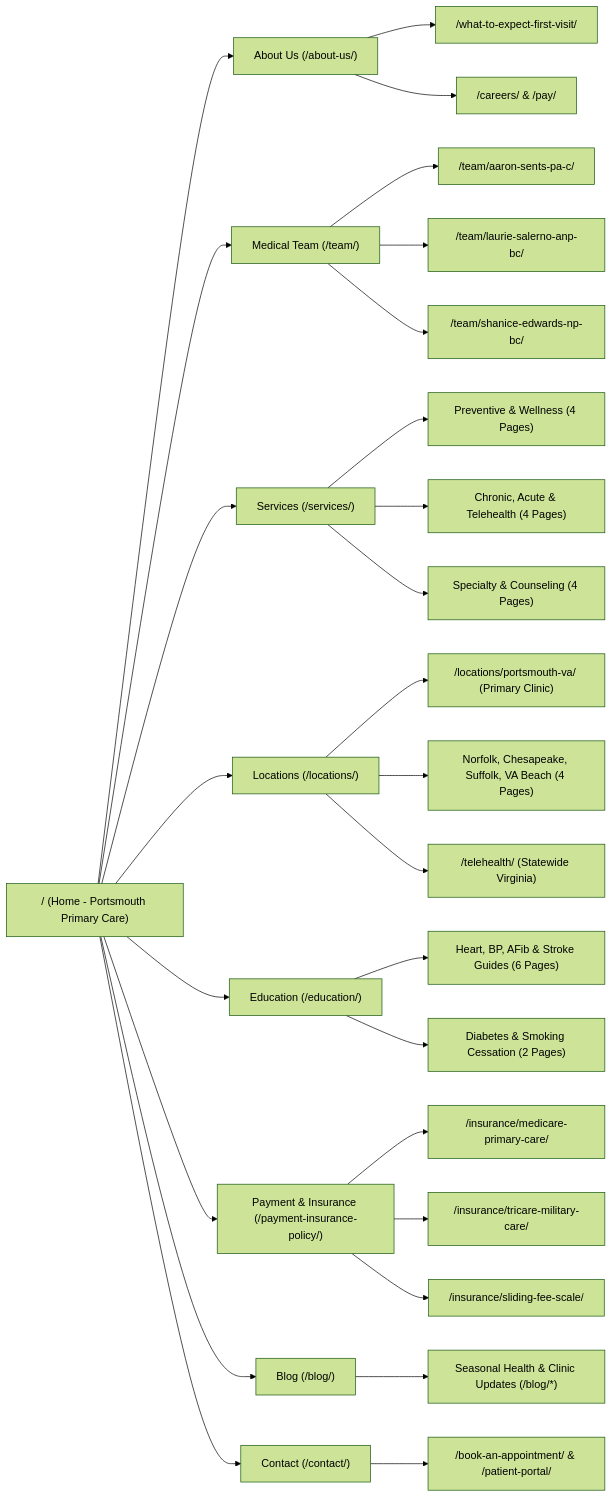
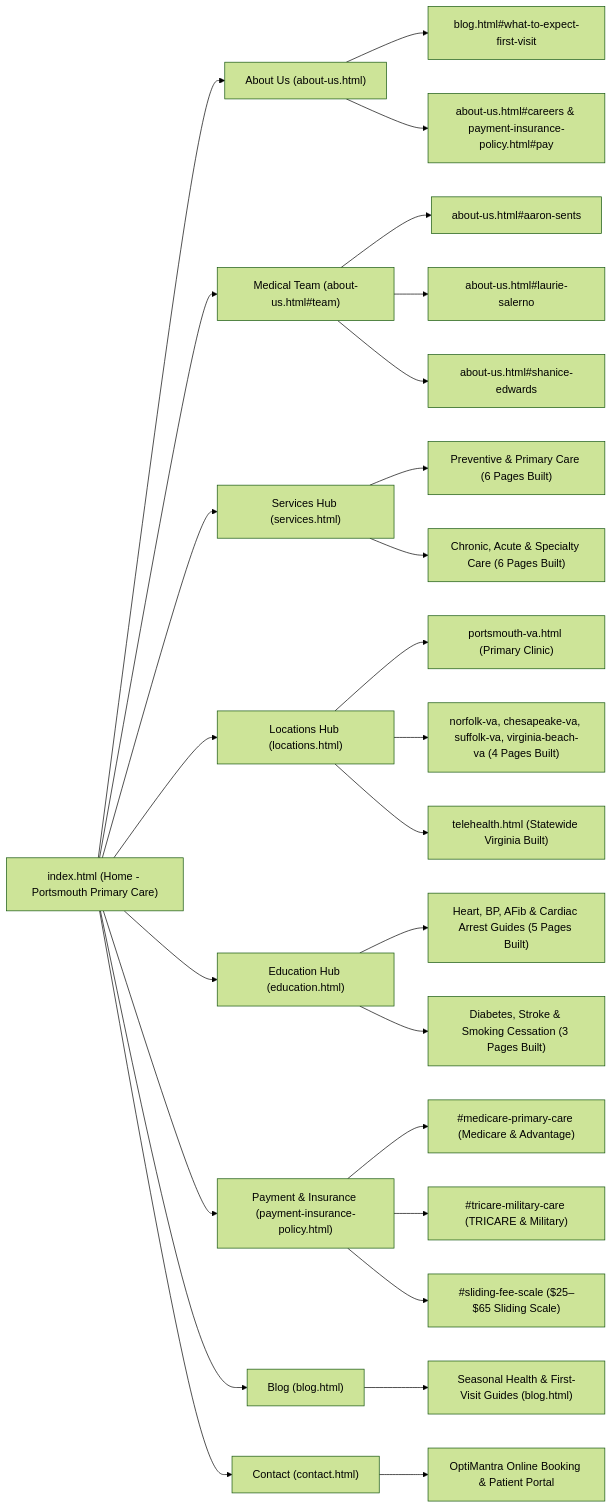
The first of 2 diagrams in SITE-STRUCTURE.md (junrillhive/htrpc), drawn with Mermaid (forest theme) before and after one commit. The commit also changed other lines of this file, not shown here.

Commit message:
Update SITE-STRUCTURE.md to reflect all 34 built HTML pages and live architecture

````diff
--- a/SITE-STRUCTURE.md
+++ b/SITE-STRUCTURE.md
@@ -7,47 +7,46 @@
 ```mermaid
 flowchart LR
-  Home["/ (Home - Portsmouth Primary Care)"]
+  Home["index.html (Home - Portsmouth Primary Care)"]
 
-  P1["About Us (/about-us/)"]
-  P2["Medical Team (/team/)"]
-  P3["Services (/services/)"]
-  P4["Locations (/locations/)"]
-  P5["Education (/education/)"]
-  P6["Payment & Insurance (/payment-insurance-policy/)"]
-  P7["Blog (/blog/)"]
-  P8["Contact (/contact/)"]
+  P1["About Us (about-us.html)"]
+  P2["Medical Team (about-us.html#team)"]
+  P3["Services Hub (services.html)"]
+  P4["Locations Hub (locations.html)"]
+  P5["Education Hub (education.html)"]
+  P6["Payment & Insurance (payment-insurance-policy.html)"]
+  P7["Blog (blog.html)"]
+  P8["Contact (contact.html)"]
 
   Home --> P1
   Home --> P2
   Home --> P3
   Home --> P4
   Home --> P5
   Home --> P6
   Home --> P7
   Home --> P8
 
-  P1 --> C1["/what-to-expect-first-visit/"]
-  P1 --> C2["/careers/ & /pay/"]
+  P1 --> C1["blog.html#what-to-expect-first-visit"]
+  P1 --> C2["about-us.html#careers & payment-insurance-policy.html#pay"]
 
-  P2 --> T1["/team/aaron-sents-pa-c/"]
-  P2 --> T2["/team/laurie-salerno-anp-bc/"]
-  P2 --> T3["/team/shanice-edwards-np-bc/"]
+  P2 --> T1["about-us.html#aaron-sents"]
+  P2 --> T2["about-us.html#laurie-salerno"]
+  P2 --> T3["about-us.html#shanice-edwards"]
 
-  P3 --> S_Prev["Preventive & Wellness (4 Pages)"]
-  P3 --> S_Care["Chronic, Acute & Telehealth (4 Pages)"]
-  P3 --> S_Spec["Specialty & Counseling (4 Pages)"]
+  P3 --> S_Prev["Preventive & Primary Care (6 Pages Built)"]
+  P3 --> S_Care["Chronic, Acute & Specialty Care (6 Pages Built)"]
 
-  P4 --> L_Core["/locations/portsmouth-va/ (Primary Clinic)"]
-  P4 --> L_Cities["Norfolk, Chesapeake, Suffolk, VA Beach (4 Pages)"]
-  P4 --> L_Tele["/telehealth/ (Statewide Virginia)"]
+  P4 --> L_Core["portsmouth-va.html (Primary Clinic)"]
+  P4 --> L_Cities["norfolk-va, chesapeake-va, suffolk-va, virginia-beach-va (4 Pages Built)"]
+  P4 --> L_Tele["telehealth.html (Statewide Virginia Built)"]
 
-  P5 --> E_Cardio["Heart, BP, AFib & Stroke Guides (6 Pages)"]
-  P5 --> E_Metab["Diabetes & Smoking Cessation (2 Pages)"]
+  P5 --> E_Cardio["Heart, BP, AFib & Cardiac Arrest Guides (5 Pages Built)"]
+  P5 --> E_Metab["Diabetes, Stroke & Smoking Cessation (3 Pages Built)"]
 
-  P6 --> I1["/insurance/medicare-primary-care/"]
-  P6 --> I2["/insurance/tricare-military-care/"]
-  P6 --> I3["/insurance/sliding-fee-scale/"]
+  P6 --> I1["#medicare-primary-care (Medicare & Advantage)"]
+  P6 --> I2["#tricare-military-care (TRICARE & Military)"]
+  P6 --> I3["#sliding-fee-scale ($25–$65 Sliding Scale)"]
 
-  P7 --> B1["Seasonal Health & Clinic Updates (/blog/*)"]
-  P8 --> Book["/book-an-appointment/ & /patient-portal/"]
+  P7 --> B1["Seasonal Health & First-Visit Guides (blog.html)"]
+  P8 --> Book["OptiMantra Online Booking & Patient Portal"]
 ```
````
